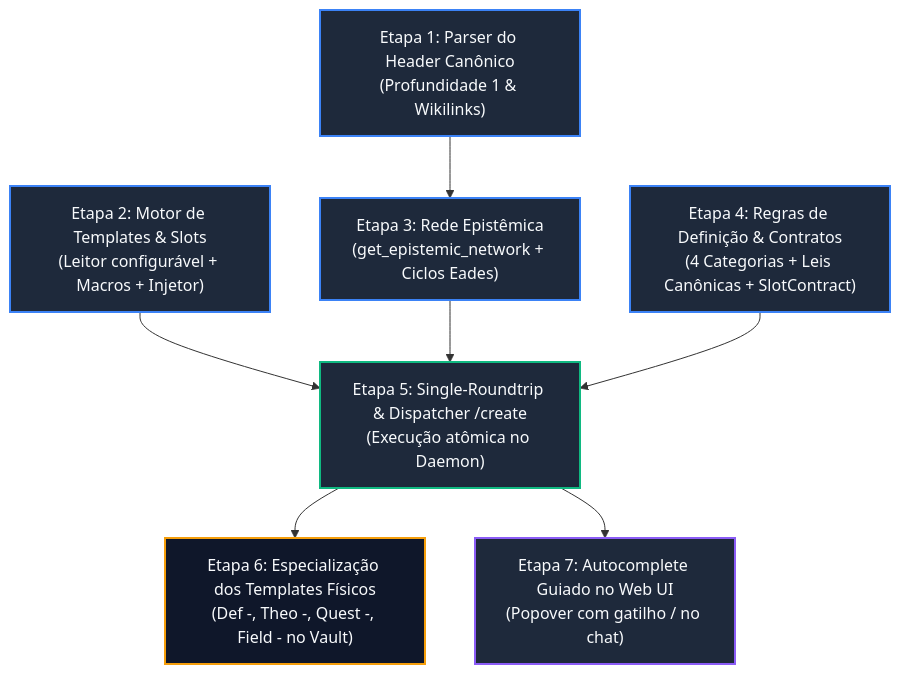
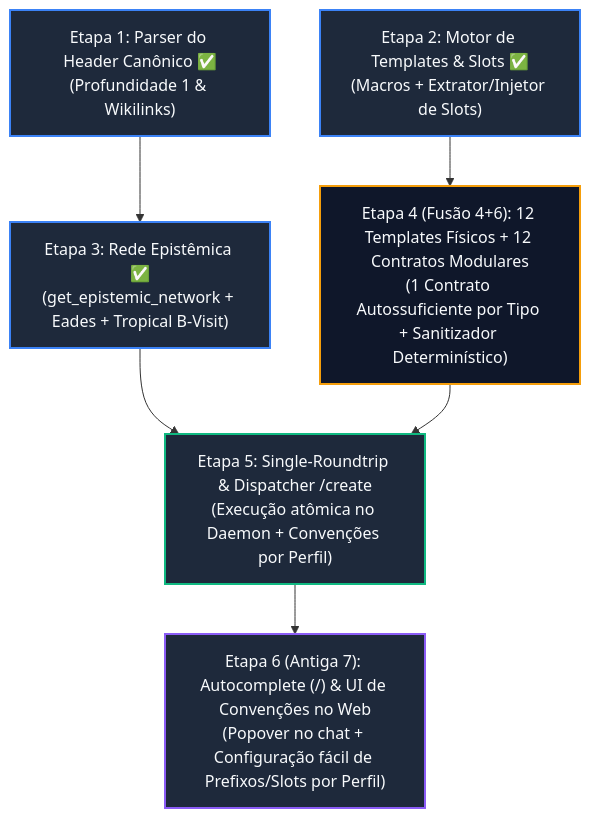
The diagram in docs/rfcs/rfc-008-deterministic-templates-and-epistemic-tree.md (zRhyan/JARVIS), drawn with Mermaid before and after one commit. The commit also changed other lines of this file and 59 other files, not shown here.

Commit message:
feat(rfc-008): complete RFC-008 deterministic templates, epistemic forest & modular rules (etapas 3-6)

````diff
--- a/docs/rfcs/rfc-008-deterministic-templates-and-epistemic-tree.md
+++ b/docs/rfcs/rfc-008-deterministic-templates-and-epistemic-tree.md
@@ -102,22 +111,20 @@
 ```mermaid
 graph TD
     classDef core fill:#1e293b,stroke:#3b82f6,stroke-width:2px,color:#f8fafc;
     classDef daemon fill:#1e293b,stroke:#10b981,stroke-width:2px,color:#f8fafc;
     classDef vault fill:#0f172a,stroke:#f59e0b,stroke-width:2px,color:#f8fafc;
     classDef web fill:#1e293b,stroke:#8b5cf6,stroke-width:2px,color:#f8fafc;
 
-    Step1["Etapa 1: Parser do Header Canônico<br/>(Profundidade 1 & Wikilinks)"]:::core
-    Step2["Etapa 2: Motor de Templates & Slots<br/>(Leitor configurável + Macros + Injetor)"]:::core
-    Step3["Etapa 3: Rede Epistêmica<br/>(get_epistemic_network + Ciclos Eades)"]:::core
-    Step4["Etapa 4: Regras de Definição & Contratos<br/>(4 Categorias + Leis Canônicas + SlotContract)"]:::core
-    Step5["Etapa 5: Single-Roundtrip & Dispatcher /create<br/>(Execução atômica no Daemon)"]:::daemon
-    Step6["Etapa 6: Especialização dos Templates Físicos<br/>(Def -, Theo -, Quest -, Field - no Vault)"]:::vault
-    Step7["Etapa 7: Autocomplete Guiado no Web UI<br/>(Popover com gatilho / no chat)"]:::web
+    Step1["Etapa 1: Parser do Header Canônico ✅<br/>(Profundidade 1 & Wikilinks)"]:::core
+    Step2["Etapa 2: Motor de Templates & Slots ✅<br/>(Macros + Extrator/Injetor de Slots)"]:::core
+    Step3["Etapa 3: Rede Epistêmica ✅<br/>(get_epistemic_network + Eades + Tropical B-Visit)"]:::core
+    Step4["Etapa 4 (Fusão 4+6): 12 Templates Físicos + 12 Contratos Modulares<br/>(1 Contrato Autossuficiente por Tipo + Sanitizador Determinístico)"]:::vault
+    Step5["Etapa 5: Single-Roundtrip & Dispatcher /create<br/>(Execução atômica no Daemon + Convenções por Perfil)"]:::daemon
+    Step6["Etapa 6 (Antiga 7): Autocomplete (/) & UI de Convenções no Web<br/>(Popover no chat + Configuração fácil de Prefixos/Slots por Perfil)"]:::web
 
     Step1 --> Step3
-    Step2 --> Step5
+    Step2 --> Step4
     Step3 --> Step5
     Step4 --> Step5
     Step5 --> Step6
-    Step5 --> Step7
 ```
````
